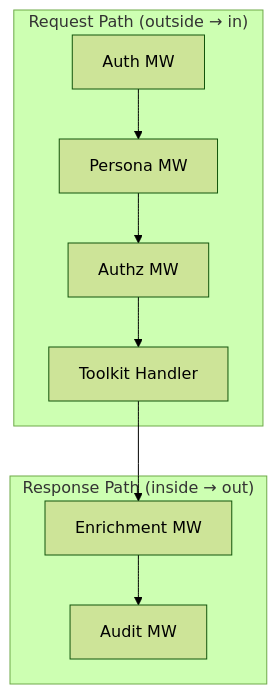
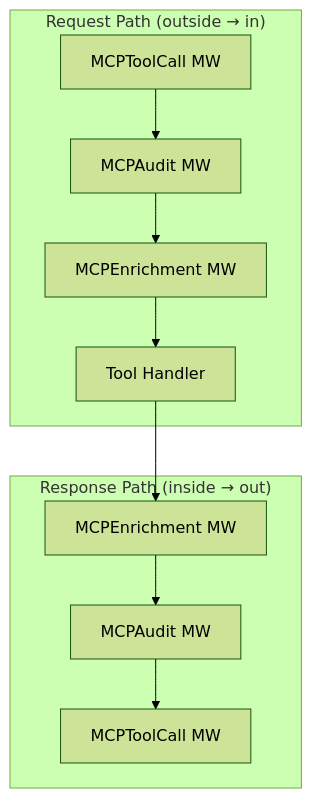
One commit to txn2/mcp-data-platform changed the fourth of 5 diagrams in docs/library/architecture.md. Above: the diagram before and after it, drawn with Mermaid (forest theme). The commit also changed other lines of this file, not shown here.

````diff
--- a/docs/library/architecture.md
+++ b/docs/library/architecture.md
@@ -274,13 +287,14 @@
 ```mermaid
 flowchart TB
     subgraph "Request Path (outside → in)"
-        A1[Auth MW] --> P1[Persona MW]
-        P1 --> Z1[Authz MW]
-        Z1 --> T[Toolkit Handler]
+        A1[MCPToolCall MW] --> U1[MCPAudit MW]
+        U1 --> E1[MCPEnrichment MW]
+        E1 --> T[Tool Handler]
     end
 
     subgraph "Response Path (inside → out)"
-        T --> E1[Enrichment MW]
-        E1 --> U1[Audit MW]
+        T --> E2[MCPEnrichment MW]
+        E2 --> U2[MCPAudit MW]
+        U2 --> A2[MCPToolCall MW]
     end
 ```
````
